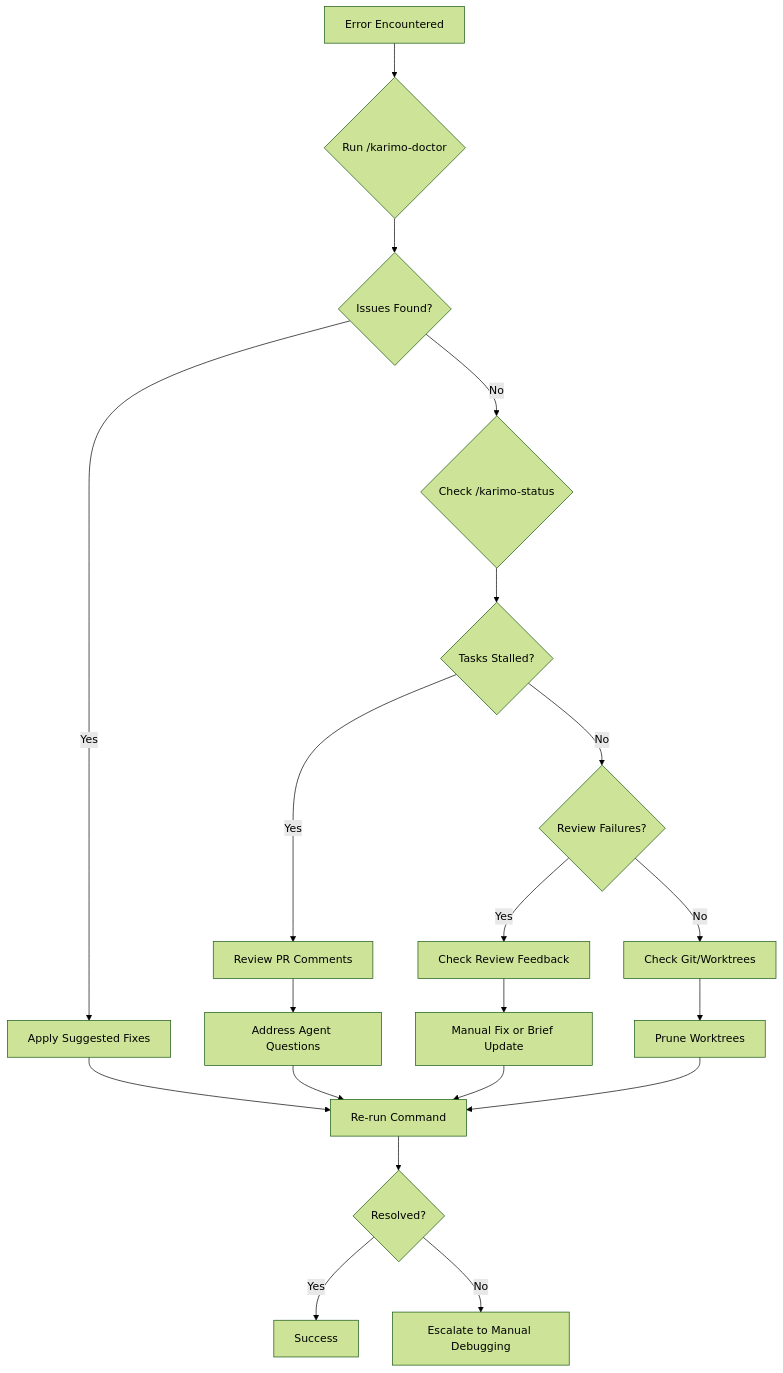
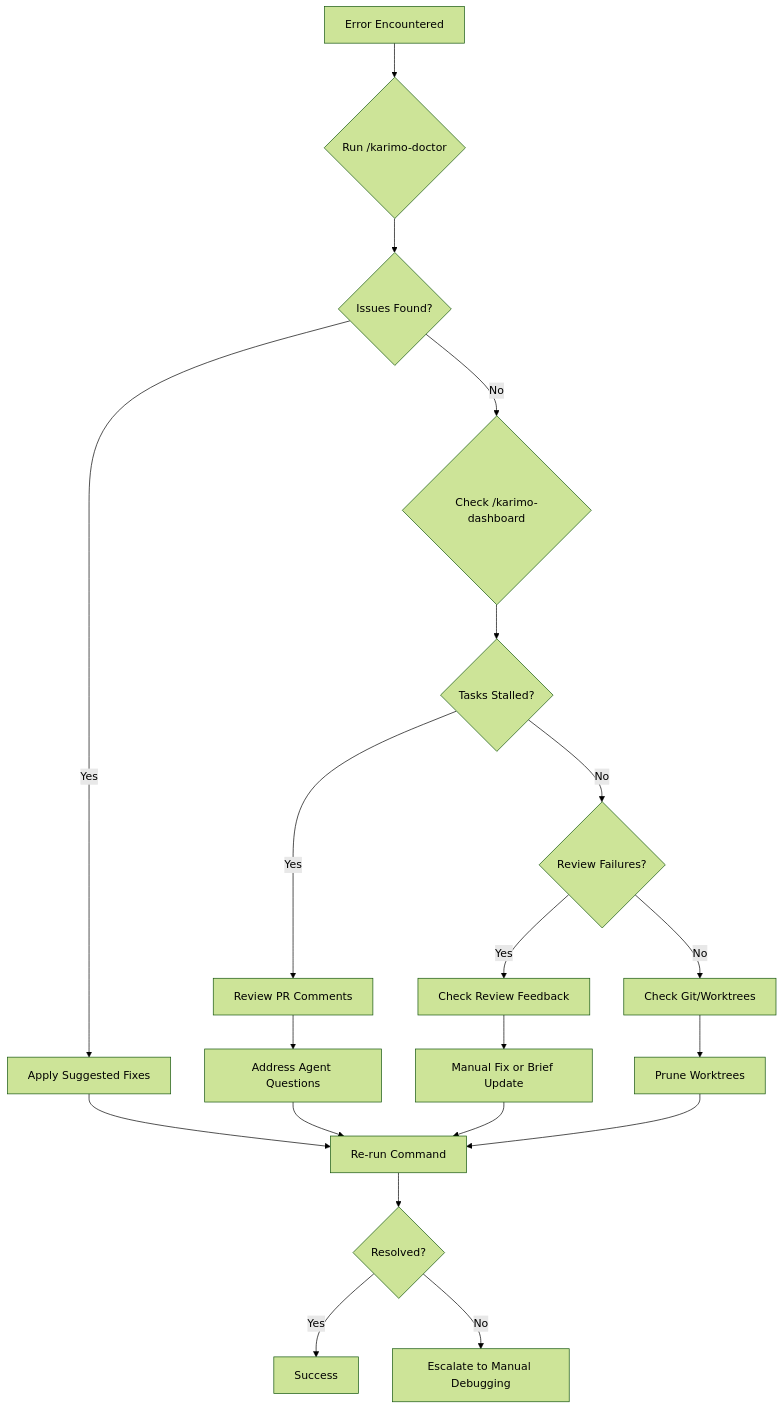
The diagram in .karimo/docs/TROUBLESHOOTING.md (opensesh/KARIMO), drawn with Mermaid (forest theme) before and after one commit. The commit also changed other lines of this file and 7 other files, not shown here.

````diff
--- a/.karimo/docs/TROUBLESHOOTING.md
+++ b/.karimo/docs/TROUBLESHOOTING.md
@@ -1188,22 +1188,22 @@
 ```mermaid
 graph TD
     A[Error Encountered] --> B{Run /karimo-doctor}
     B --> C{Issues Found?}
     C -->|Yes| D[Apply Suggested Fixes]
-    C -->|No| E{Check /karimo-status}
+    C -->|No| E{Check /karimo-dashboard}
     D --> F[Re-run Command]
     E --> G{Tasks Stalled?}
     G -->|Yes| H[Review PR Comments]
     G -->|No| I{Review Failures?}
     H --> J[Address Agent Questions]
     I -->|Yes| K[Check Review Feedback]
     I -->|No| L[Check Git/Worktrees]
     J --> F
     K --> M[Manual Fix or Brief Update]
     L --> N[Prune Worktrees]
     M --> F
     N --> F
     F --> O{Resolved?}
     O -->|Yes| P[Success]
     O -->|No| Q[Escalate to Manual Debugging]
 ```
````
